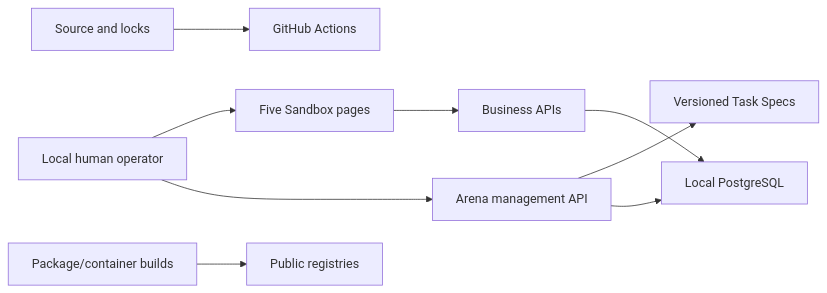
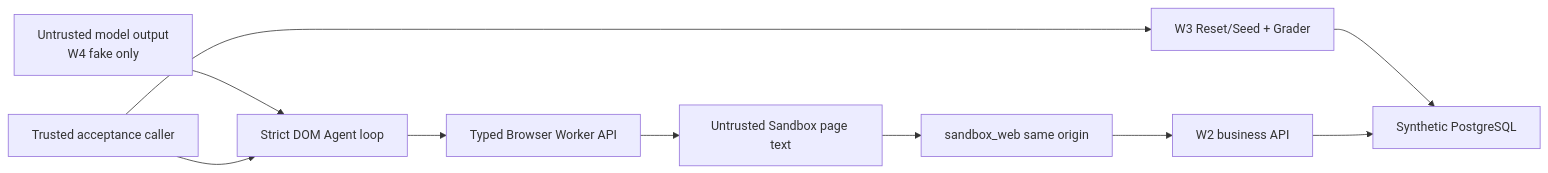
One commit to taka-wzx/flowpilot-arena changed the diagram in docs/threat-model.md. Above: the diagram before and after it, drawn with Mermaid. The commit also changed other lines of this file and 46 other files, not shown here.

Commit message:
feat: establish W4 DOM agent foundation

````diff
--- a/docs/threat-model.md
+++ b/docs/threat-model.md
@@ -13,11 +14,12 @@
 ```mermaid
 flowchart LR
-    Human["Local human operator"] --> Web["Five Sandbox pages"]
-    Human --> Arena["Arena management API"]
-    Web --> Business["Business APIs"]
-    Arena --> Catalog["Versioned Task Specs"]
-    Arena --> DB["Local PostgreSQL"]
-    Business --> DB
-    Repo["Source and locks"] --> CI["GitHub Actions"]
-    Build["Package/container builds"] --> Registries["Public registries"]
+    Model["Untrusted model output\nW4 fake only"] --> Loop["Strict DOM Agent loop"]
+    Loop --> Worker["Typed Browser Worker API"]
+    Worker --> Page["Untrusted Sandbox page text"]
+    Page --> Web["sandbox_web same origin"]
+    Web --> API["W2 business API"]
+    Caller["Trusted acceptance caller"] --> Arena["W3 Reset/Seed + Grader"]
+    Caller --> Loop
+    Arena --> DB["Synthetic PostgreSQL"]
+    API --> DB
 ```
````
